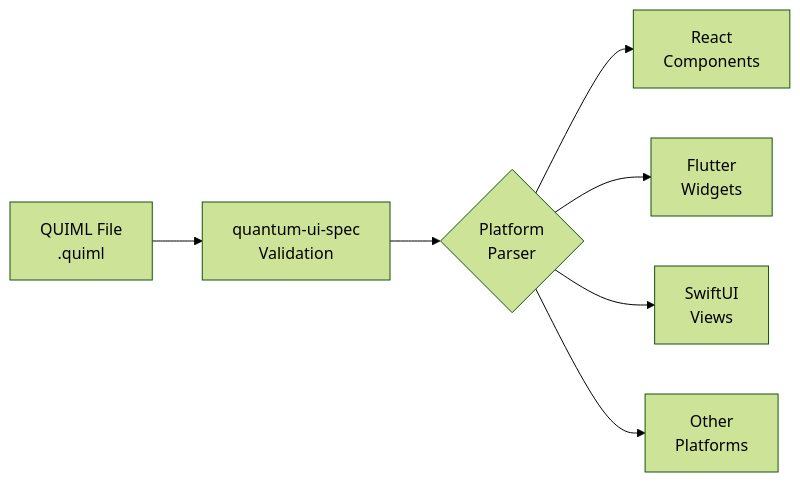
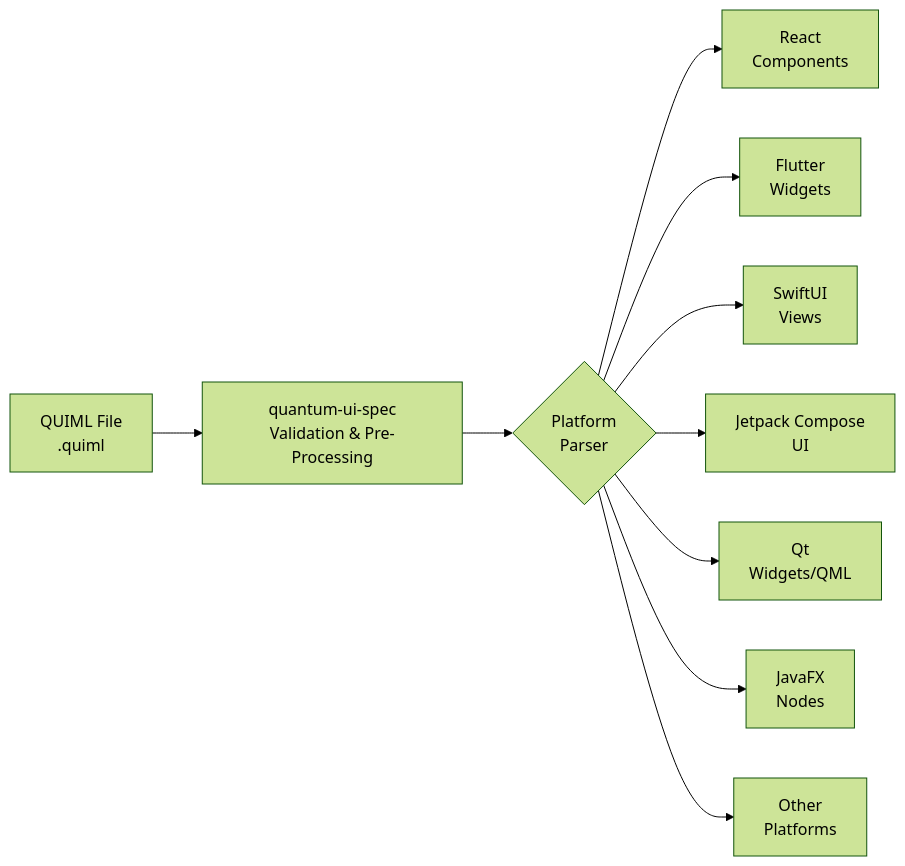
One commit to quantum-ai-suite/quantum-ui-spec changed the diagram in README.md. Above: the diagram before and after it, drawn with Mermaid (forest theme). The commit also changed other lines of this file, not shown here.

````diff
--- a/README.md
+++ b/README.md
@@ -44,9 +52,12 @@
 ```mermaid
 graph LR
-    A[QUIML File<br/>.quiml] --> B[quantum-ui-spec<br/>Validation]
+    A[QUIML File<br/>.quiml] --> B[quantum-ui-spec<br/>Validation & Pre-Processing]
     B --> C{Platform<br/>Parser}
     C --> D[React<br/>Components]
     C --> E[Flutter<br/>Widgets]
     C --> F[SwiftUI<br/>Views]
-    C --> G[Other<br/>Platforms]
+    C --> G[Jetpack Compose<br/>UI]
+    C --> H[Qt<br/>Widgets/QML]
+    C --> I[JavaFX<br/>Nodes]
+    C --> J[Other<br/>Platforms]
 ```
````
